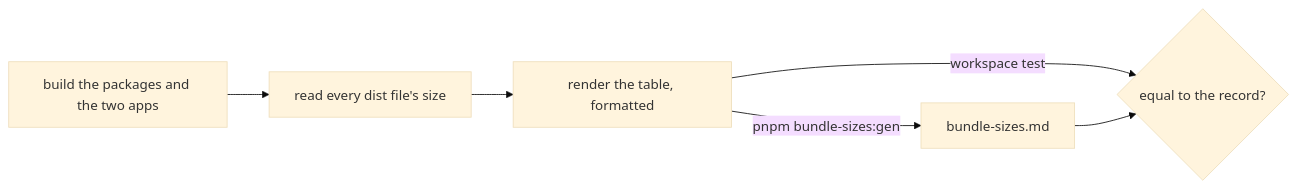
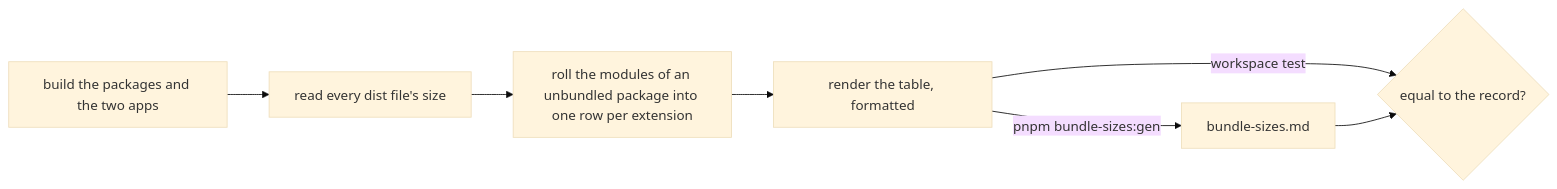
Before and after one commit to Esposter/Esposter: the diagram in openspec/specs/architecture/bundle-sizes/design.md, drawn with Mermaid (base theme). The commit also changed other lines of this file and 14 other files, not shown here.

````diff
--- a/openspec/specs/architecture/bundle-sizes/design.md
+++ b/openspec/specs/architecture/bundle-sizes/design.md
@@ -5,8 +5,9 @@
 ```mermaid
 flowchart LR
   BUILD["build the packages and the two apps"] --> READ["read every dist file's size"]
-  READ --> RENDER["render the table, formatted"]
+  READ --> ROLL["roll the modules of an unbundled package into one row per extension"]
+  ROLL --> RENDER["render the table, formatted"]
   RENDER -->|"pnpm bundle-sizes:gen"| RECORD["bundle-sizes.md"]
   RENDER -->|"workspace test"| GATE{"equal to the record?"}
   RECORD --> GATE
 ```
````
